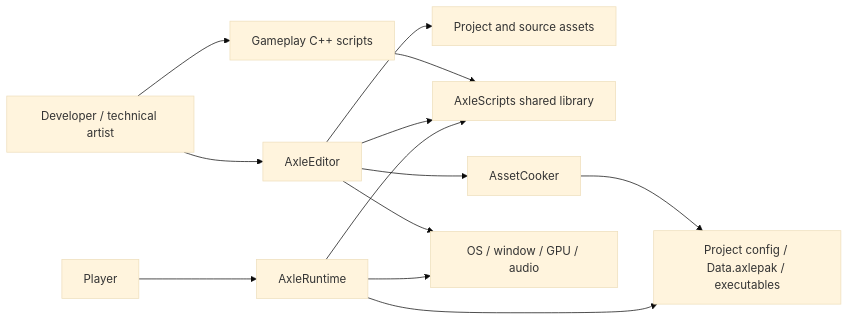
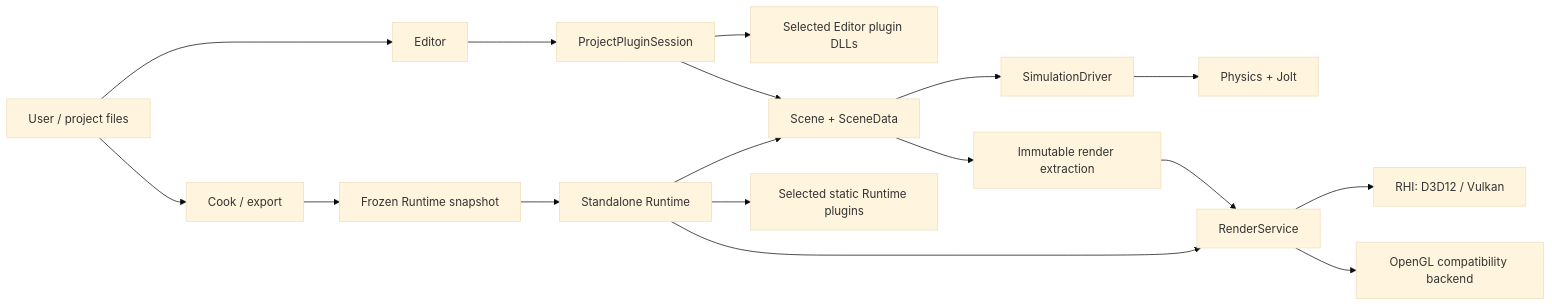
The first of 2 diagrams in docs/architecture/SAD.md (nguyenphong0210/AxleEngine), drawn with Mermaid (base theme) before and after one commit. The commit also changed other lines of this file and 43 other files, not shown here.

Commit message:
docs: align architecture references through OPT-10

````diff
--- a/docs/architecture/SAD.md
+++ b/docs/architecture/SAD.md
@@ -16,15 +19,19 @@
 ```mermaid
 flowchart LR
-    Developer[Developer / technical artist] --> Editor[AxleEditor]
-    Developer --> Scripts[Gameplay C++ scripts]
-    Editor --> Assets[Project and source assets]
-    Scripts --> DLL[AxleScripts shared library]
-    Editor --> Cooker[AssetCooker]
-    Cooker --> Distribution[Project config / Data.axlepak / executables]
-    Player[Player] --> Runtime[AxleRuntime]
-    Runtime --> Distribution
-    Editor --> DLL
-    Runtime --> DLL
-    Editor --> Hardware[OS / window / GPU / audio]
-    Runtime --> Hardware
+    User[User / project files] --> Editor
+    User --> Export[Cook / export]
+    Editor --> Session[ProjectPluginSession]
+    Session --> EditorDLL[Selected Editor plugin DLLs]
+    Session --> Scene[Scene + SceneData]
+    Scene --> Sim[SimulationDriver]
+    Sim --> Physics[Physics + Jolt]
+    Scene --> Extract[Immutable render extraction]
+    Extract --> Render[RenderService]
+    Render --> RHI[RHI: D3D12 / Vulkan]
+    Render --> GL[OpenGL compatibility backend]
+    Export --> Snapshot[Frozen Runtime snapshot]
+    Snapshot --> Runtime[Standalone Runtime]
+    Runtime --> Static[Selected static Runtime plugins]
+    Runtime --> Scene
+    Runtime --> Render
 ```
````
